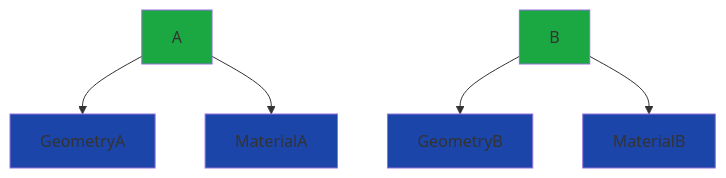
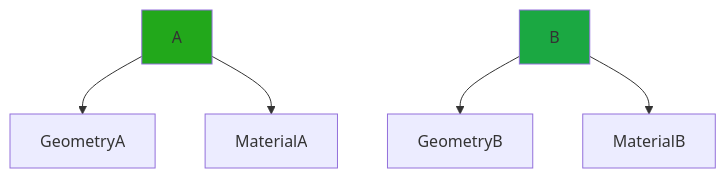
One commit to tomvandig/eccg changed the first of 3 diagrams in README.md. Above: the diagram before and after it, drawn with Mermaid. The commit also changed other lines of this file, not shown here.

````diff
--- a/README.md
+++ b/README.md
@@ -30,18 +30,12 @@
 ```mermaid
 graph TD;
     A-->GeometryA;
     A-->MaterialA;
 
     B-->GeometryB;
     B-->MaterialB;
     
     
-    style A fill:#1ba842
+    style A fill:#22a81b
     style B fill:#1ba842
-
-    style GeometryA fill: #1b45a8
-    style GeometryB fill: #1b45a8
-    style MaterialA fill: #1b45a8
-    style MaterialB fill: #1b45a8
-
 ```
````
